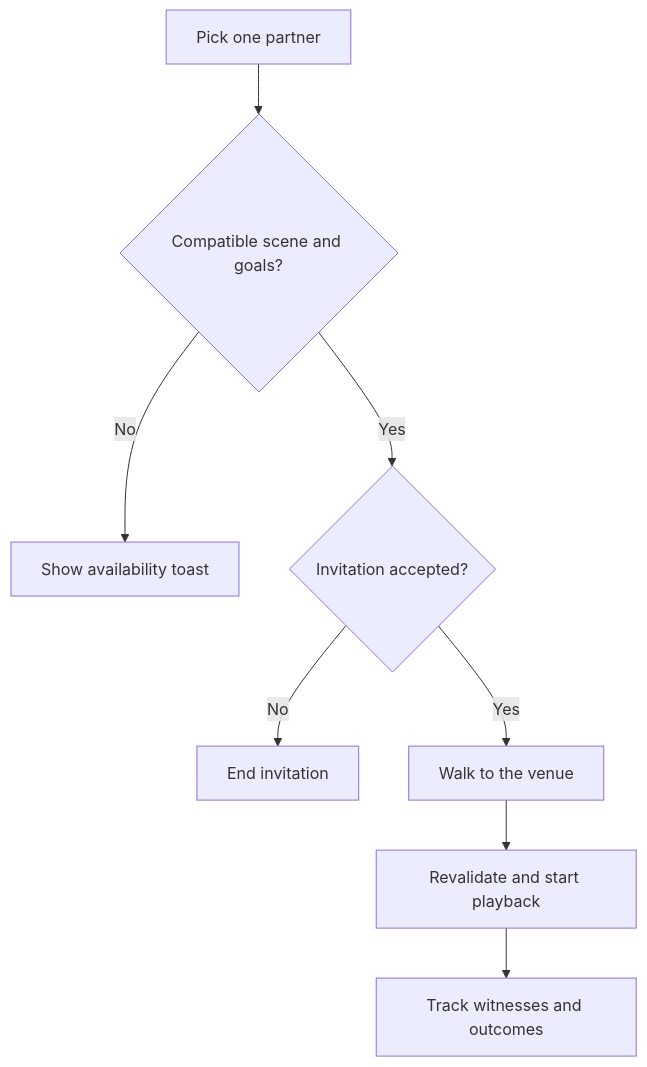
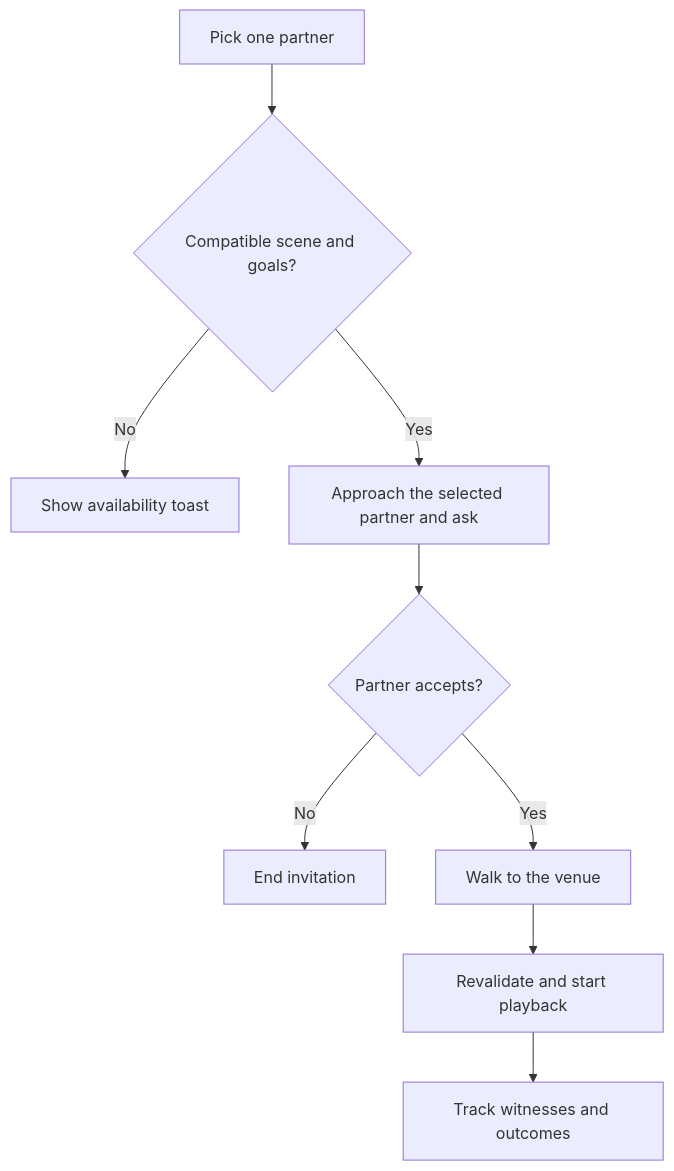
One commit to acepleiades/HZoi-Gameplay changed the diagram in docs/encounter-design.md. Above: the diagram before and after it, drawn with Mermaid. The commit also changed other lines of this file and 1 other file, not shown here.

````diff
--- a/docs/encounter-design.md
+++ b/docs/encounter-design.md
@@ -15,10 +15,11 @@
 ```mermaid
 flowchart TD
     P["Pick one partner"] --> C{"Compatible scene and goals?"}
     C -->|No| T["Show availability toast"]
-    C -->|Yes| A{"Invitation accepted?"}
+    C -->|Yes| I["Approach the selected partner and ask"]
+    I --> A{"Partner accepts?"}
     A -->|No| E["End invitation"]
     A -->|Yes| W["Walk to the venue"]
     W --> R["Revalidate and start playback"]
     R --> O["Track witnesses and outcomes"]
 ```
````
